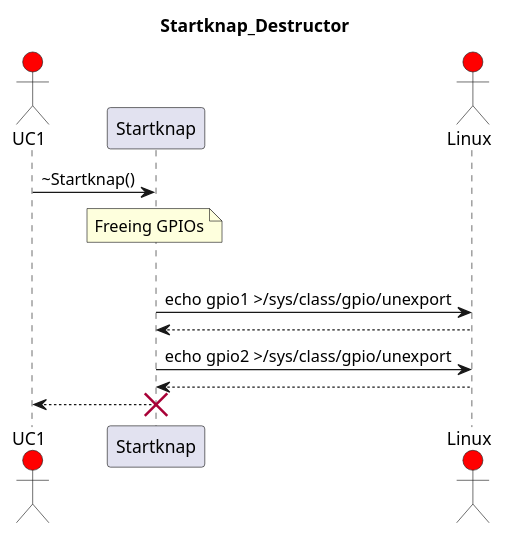
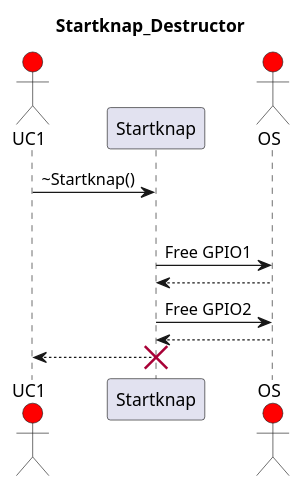
The diagram in Diagrammer/CentralComputer/Klasser/Startknap/destructor.puml (Solvgraa-mager/E3PRJ3), drawn with PlantUML before and after one commit. The commit also changed 59 other files, not shown here.

```diff
--- a/Diagrammer/CentralComputer/Klasser/Startknap/destructor.puml
+++ b/Diagrammer/CentralComputer/Klasser/Startknap/destructor.puml
@@ -1,18 +1,17 @@
 @startuml
 title Startknap_Destructor
 
 actor UC1 #Red
 participant Startknap
-actor Linux #Red
+actor OS #Red
 
 UC1 -> Startknap : ~Startknap()
-note over Startknap : Freeing GPIOs
 loop for all GPIO's
-Startknap -> Linux : echo gpio1 >/sys/class/gpio/unexport
-Linux --> Startknap : 
-Startknap -> Linux : echo gpio2 >/sys/class/gpio/unexport
-Linux --> Startknap : 
+Startknap -> OS : Free GPIO1
+OS --> Startknap : 
+Startknap -> OS : Free GPIO2
+OS --> Startknap : 
 UC1 <-- Startknap :
 destroy Startknap
 
 @enduml
```
